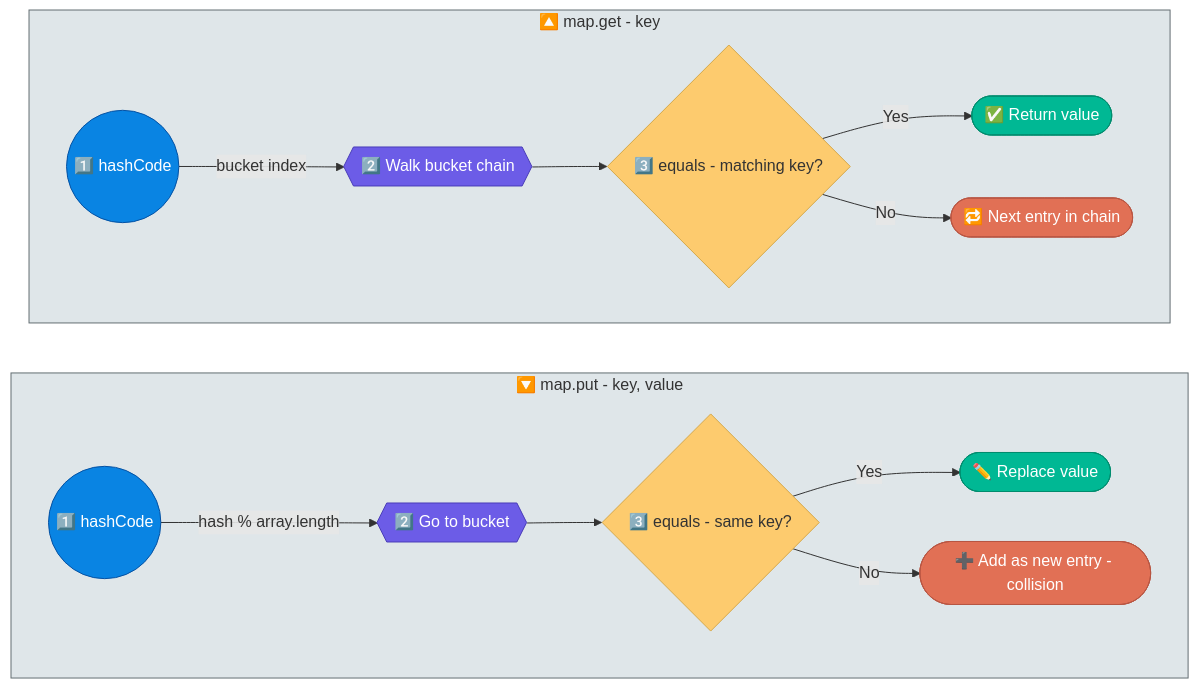
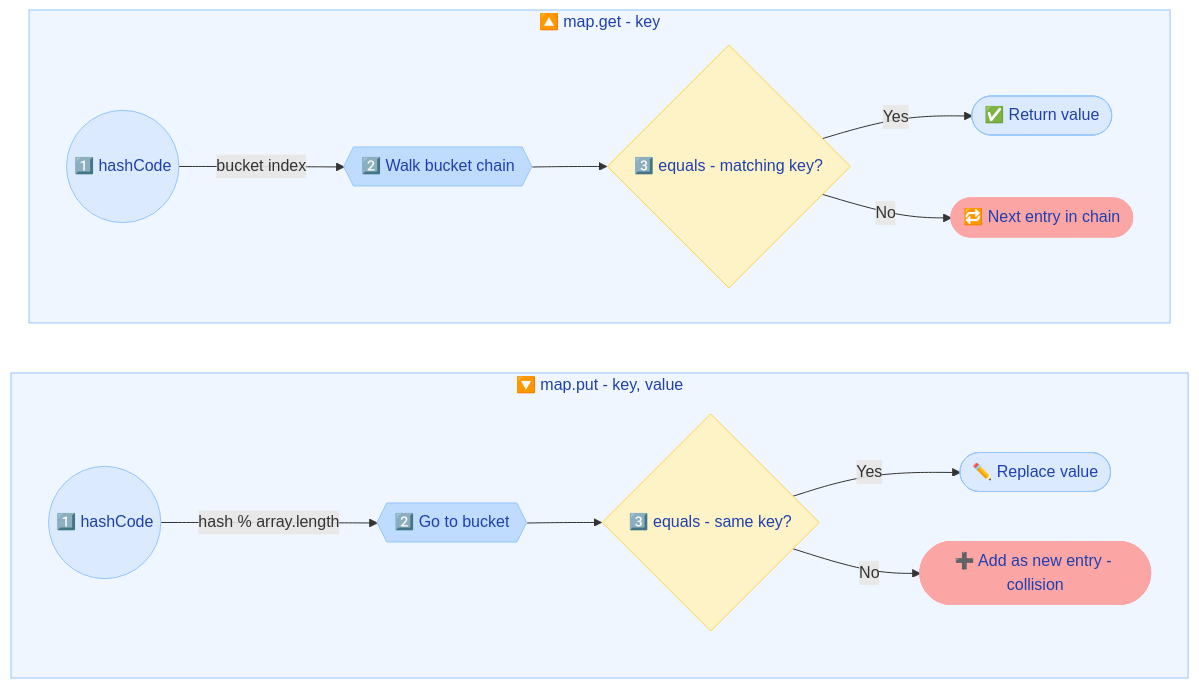
The second of 2 diagrams in docs/java/EqualsHashCode.md (saivamsikaruturi/vamsilabs-dev-notes-main), drawn with Mermaid before and after one commit. The commit also changed other lines of this file and 220 other files, not shown here.

First line of the commit message:
Add 50+ new Java/Spring Boot pages, rewrite CSS code blocks to Oracle style, fix all diagram colors

````diff
--- a/docs/java/EqualsHashCode.md
+++ b/docs/java/EqualsHashCode.md
@@ -100,31 +100,31 @@
 ```mermaid
 flowchart LR
     subgraph PUT["🔽 map.put - key, value"]
         direction LR
         P1(("1️⃣ hashCode")) -->|"hash % array.length"| P2{{"2️⃣ Go to bucket"}}
         P2 --> P3{"3️⃣ equals - same key?"}
         P3 -->|Yes| P4(["✏️ Replace value"])
         P3 -->|No| P5(["➕ Add as new entry - collision"])
     end
 
     subgraph GET["🔼 map.get - key"]
         direction LR
         G1(("1️⃣ hashCode")) -->|"bucket index"| G2{{"2️⃣ Walk bucket chain"}}
         G2 --> G3{"3️⃣ equals - matching key?"}
         G3 -->|Yes| G4(["✅ Return value"])
         G3 -->|No| G5(["🔁 Next entry in chain"])
     end
 
-    style PUT fill:#dfe6e9,stroke:#636e72,color:#333
-    style GET fill:#dfe6e9,stroke:#636e72,color:#333
-    style P1 fill:#0984e3,stroke:#0652a3,color:#fff
-    style P2 fill:#6c5ce7,stroke:#4a3db8,color:#fff
-    style P3 fill:#fdcb6e,stroke:#d4a84b,color:#333
-    style P4 fill:#00b894,stroke:#008c6e,color:#fff
-    style P5 fill:#e17055,stroke:#b85643,color:#fff
-    style G1 fill:#0984e3,stroke:#0652a3,color:#fff
-    style G2 fill:#6c5ce7,stroke:#4a3db8,color:#fff
-    style G3 fill:#fdcb6e,stroke:#d4a84b,color:#333
-    style G4 fill:#00b894,stroke:#008c6e,color:#fff
-    style G5 fill:#e17055,stroke:#b85643,color:#fff
+    style PUT fill:#EFF6FF,stroke:#93C5FD,color:#1E40AF
+    style GET fill:#EFF6FF,stroke:#93C5FD,color:#1E40AF
+    style P1 fill:#DBEAFE,stroke:#93C5FD,color:#1E40AF
+    style P2 fill:#BFDBFE,stroke:#93C5FD,color:#1E40AF
+    style P3 fill:#FEF3C7,stroke:#FCD34D,color:#1E40AF
+    style P4 fill:#DBEAFE,stroke:#93C5FD,color:#1E40AF
+    style P5 fill:#FCA5A5,stroke:#FCA5A5,color:#1E40AF
+    style G1 fill:#DBEAFE,stroke:#93C5FD,color:#1E40AF
+    style G2 fill:#BFDBFE,stroke:#93C5FD,color:#1E40AF
+    style G3 fill:#FEF3C7,stroke:#FCD34D,color:#1E40AF
+    style G4 fill:#DBEAFE,stroke:#93C5FD,color:#1E40AF
+    style G5 fill:#FCA5A5,stroke:#FCA5A5,color:#1E40AF
 ```
````
